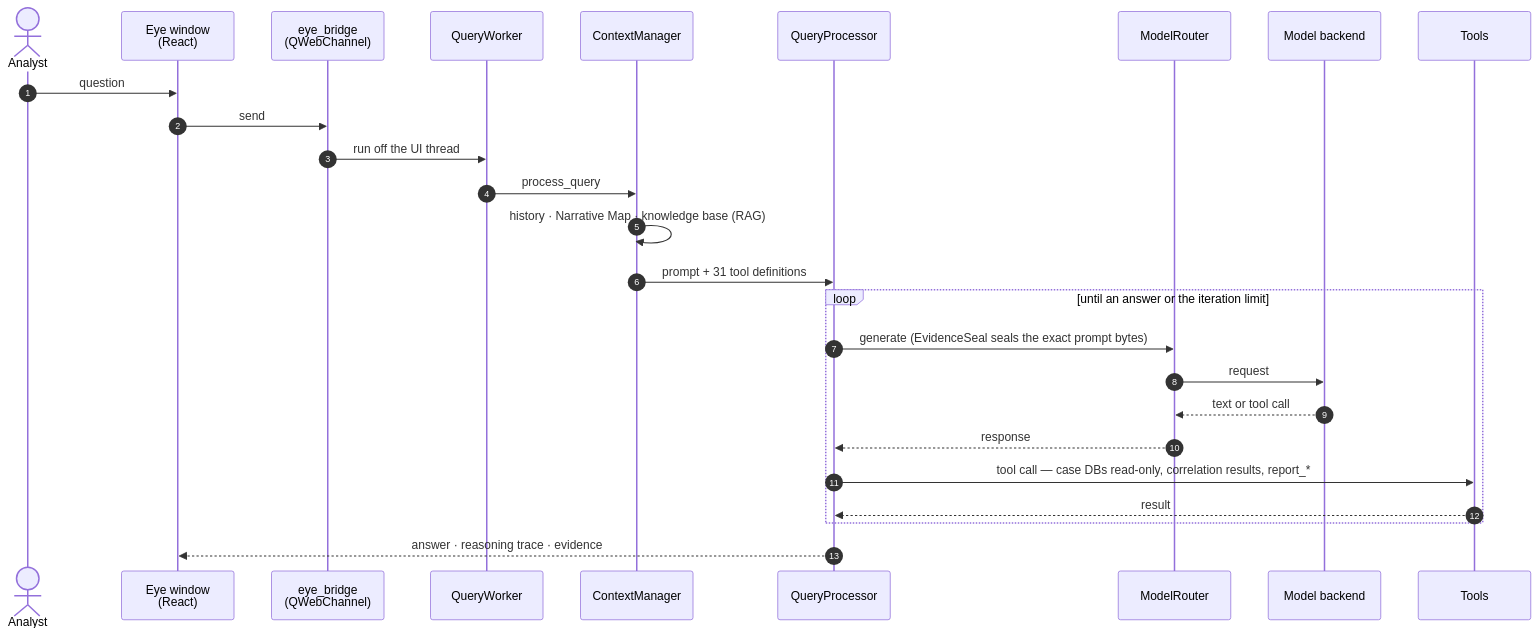
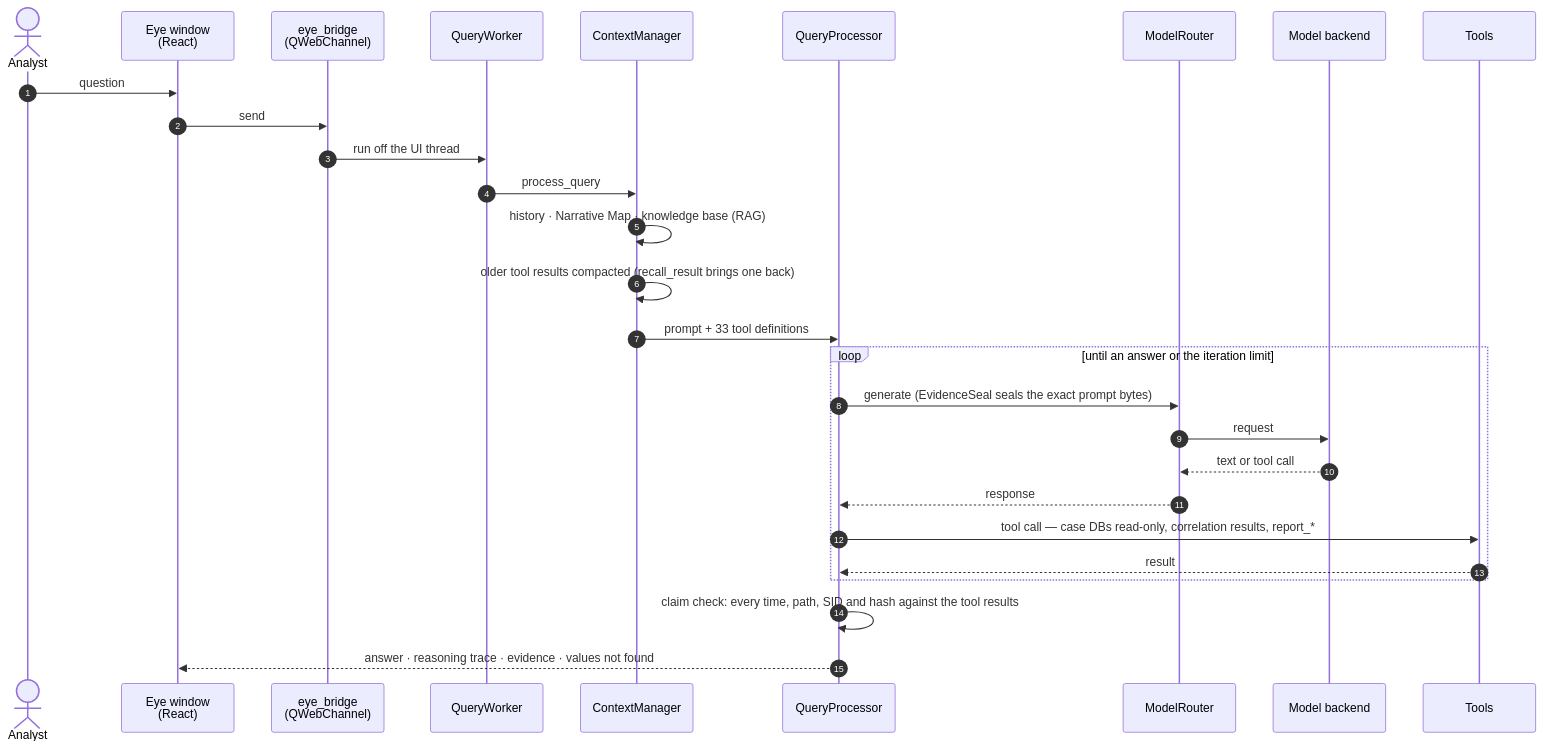
The fourth of 5 diagrams in README.md (Ghassan-elsman/Crow-Eye), drawn with Mermaid before and after one commit. The commit also changed other lines of this file, not shown here.

Commit message:
Architecture: six ingest doors, recovery tools, NTFS integrity and custody in the Ingest chart; claim check, result compaction and Codex in the Eye layer; state/ and recovery folders in the case

````diff
--- a/README.md
+++ b/README.md
@@ -382,29 +402,31 @@
 ```mermaid
 %%{init: {"themeVariables": {"fontSize": "14px"}} }%%
 sequenceDiagram
     autonumber
     actor A as Analyst
     participant UI as Eye window<br/>(React)
     participant B as eye_bridge<br/>(QWebChannel)
     participant W as QueryWorker
     participant CM as ContextManager
     participant QP as QueryProcessor
     participant MR as ModelRouter
     participant M as Model backend
     participant T as Tools
     A->>UI: question
     UI->>B: send
     B->>W: run off the UI thread
     W->>CM: process_query
     CM->>CM: history · Narrative Map · knowledge base (RAG)
-    CM->>QP: prompt + 31 tool definitions
+    CM->>CM: older tool results compacted (recall_result brings one back)
+    CM->>QP: prompt + 33 tool definitions
     loop until an answer or the iteration limit
         QP->>MR: generate (EvidenceSeal seals the exact prompt bytes)
         MR->>M: request
         M-->>MR: text or tool call
         MR-->>QP: response
         QP->>T: tool call — case DBs read-only, correlation results, report_*
         T-->>QP: result
     end
-    QP-->>UI: answer · reasoning trace · evidence
+    QP->>QP: claim check: every time, path, SID and hash against the tool results
+    QP-->>UI: answer · reasoning trace · evidence · values not found
 ```
````
